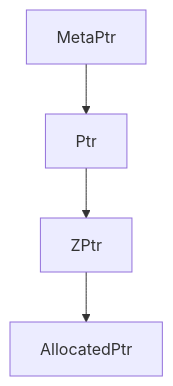
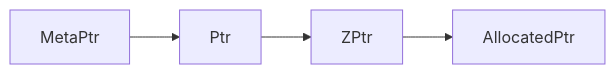
The first of 3 diagrams in src/lem/README.md (argumentcomputer/lurk-beta), drawn with Mermaid before and after one commit. The commit also changed other lines of this file, not shown here.

````diff
--- a/src/lem/README.md
+++ b/src/lem/README.md
@@ -16,6 +16,6 @@
 ```mermaid
-graph TD;
-    M[MetaPtr] --> P[Ptr];
-    P --> Z[ZPtr];
-    Z --> A[AllocatedPtr];
+graph LR
+    M[MetaPtr] --> P[Ptr]
+    P --> Z[ZPtr]
+    Z --> A[AllocatedPtr]
 ```
````
